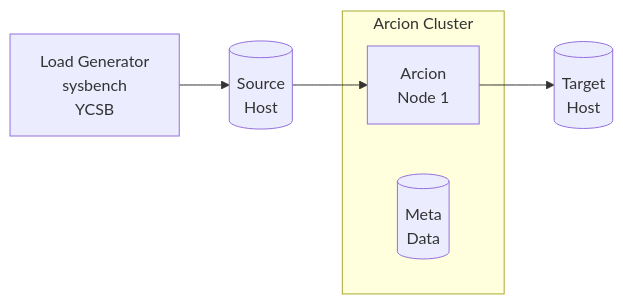
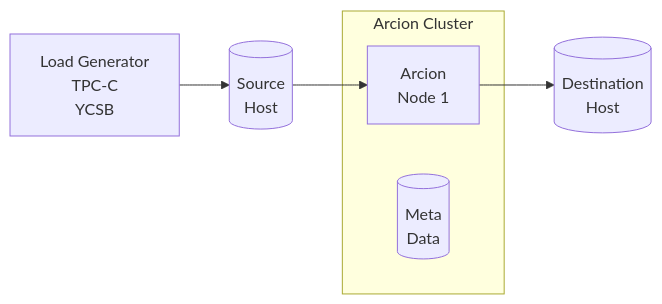
Before and after one commit to arcionlabs/arcion-loadgen: the diagram in README.md, drawn with Mermaid. The commit also changed other lines of this file and 6 other files, not shown here.

````diff
--- a/README.md
+++ b/README.md
@@ -12,10 +11,10 @@
 ```mermaid
 graph LR
-    L[Load Generator<br>sysbench<br>YCSB] --> S
+    L[Load Generator<br>TPC-C<br>YCSB] --> S
     subgraph Arcion Cluster
         A1
         M[(Meta <br>Data)]
     end
     S[(Source <br>Host)] --> A1[Arcion <br> Node 1]
-    A1 --> T[(Target <br>Host)]
+    A1 --> T[(Destination <br>Host)]
 ```
````
